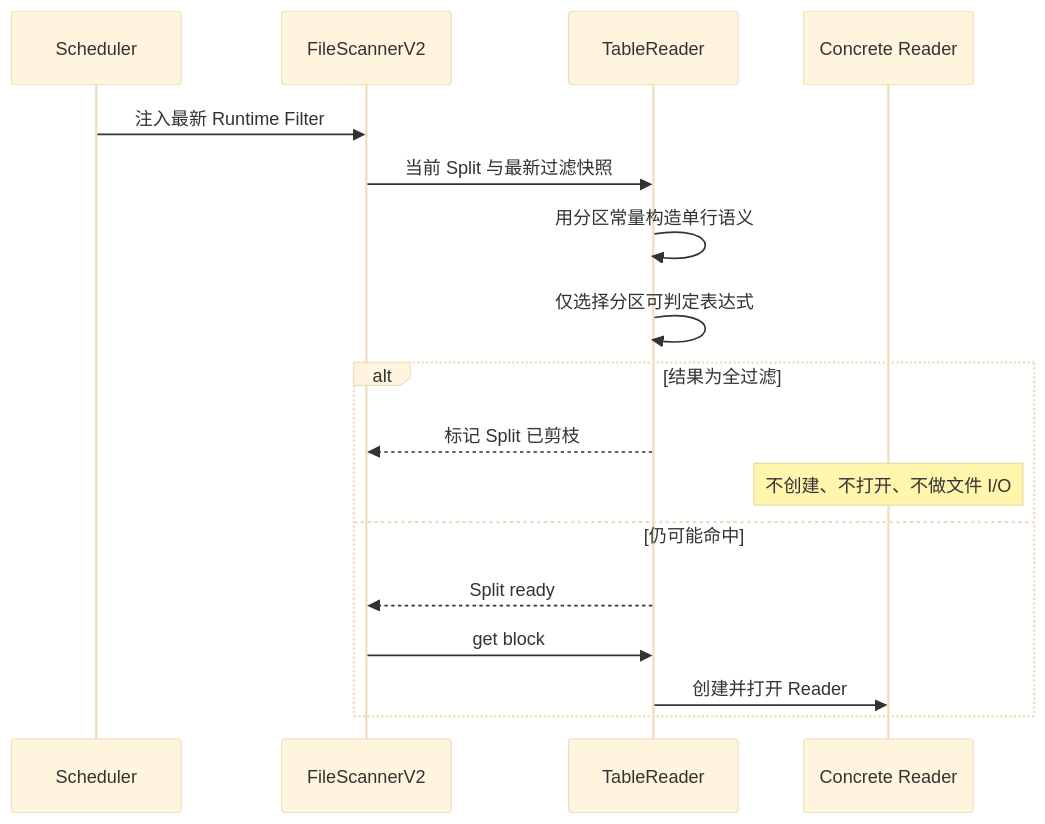
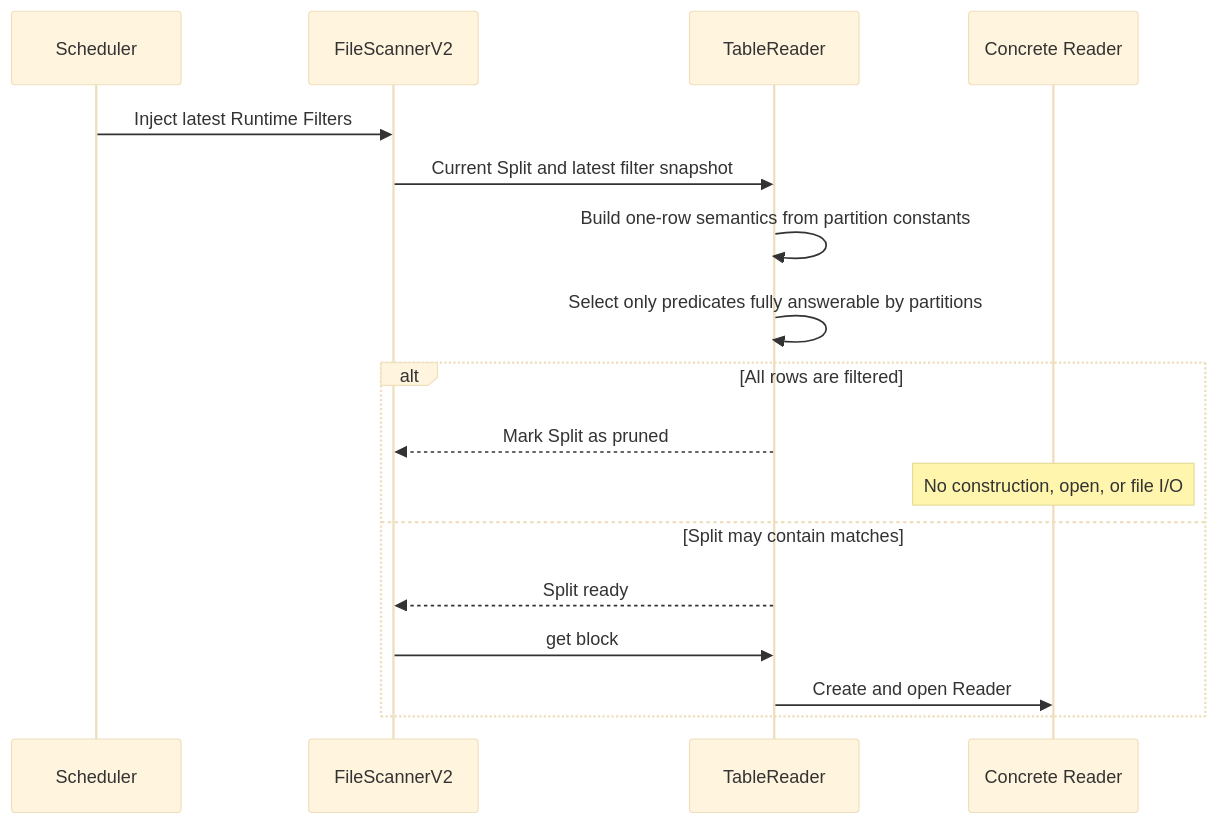
The fourth of 8 diagrams in docs/file-scanner-v2-design.md (apache/doris), drawn with Mermaid (base theme) before and after one commit. The commit also changed other lines of this file and 1 other file, not shown here.

````diff
--- a/docs/file-scanner-v2-design.md
+++ b/docs/file-scanner-v2-design.md
@@ -131,19 +142,19 @@
 ```mermaid
 sequenceDiagram
     participant S as Scheduler
     participant F as FileScannerV2
     participant T as TableReader
     participant R as Concrete Reader
-    S->>F: 注入最新 Runtime Filter
-    F->>T: 当前 Split 与最新过滤快照
-    T->>T: 用分区常量构造单行语义
-    T->>T: 仅选择分区可判定表达式
-    alt 结果为全过滤
-        T-->>F: 标记 Split 已剪枝
-        Note over R: 不创建、不打开、不做文件 I/O
-    else 仍可能命中
+    S->>F: Inject latest Runtime Filters
+    F->>T: Current Split and latest filter snapshot
+    T->>T: Build one-row semantics from partition constants
+    T->>T: Select only predicates fully answerable by partitions
+    alt All rows are filtered
+        T-->>F: Mark Split as pruned
+        Note over R: No construction, open, or file I/O
+    else Split may contain matches
         T-->>F: Split ready
         F->>T: get block
-        T->>R: 创建并打开 Reader
+        T->>R: Create and open Reader
     end
 ```
````
